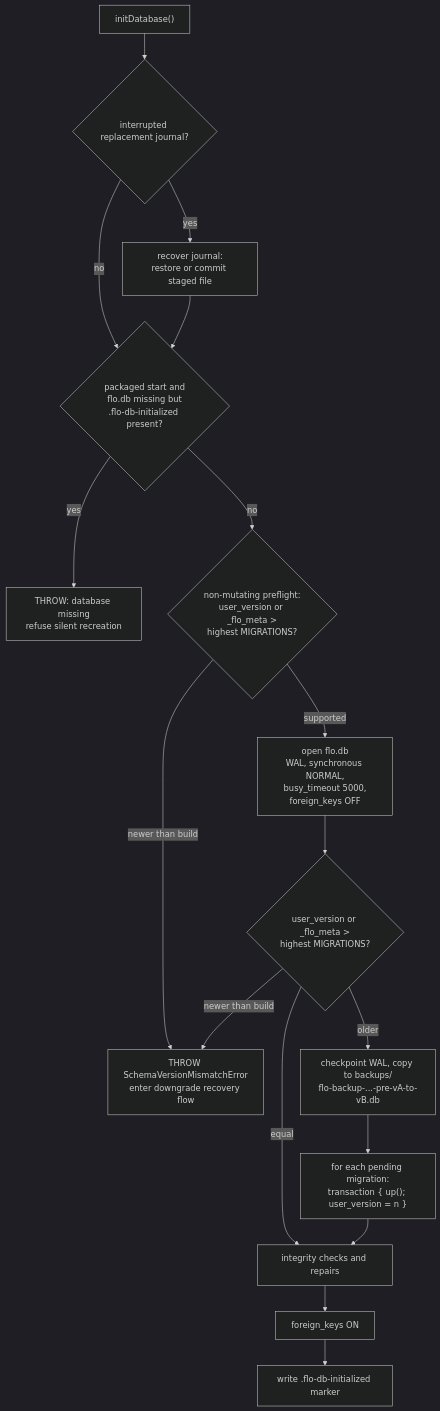
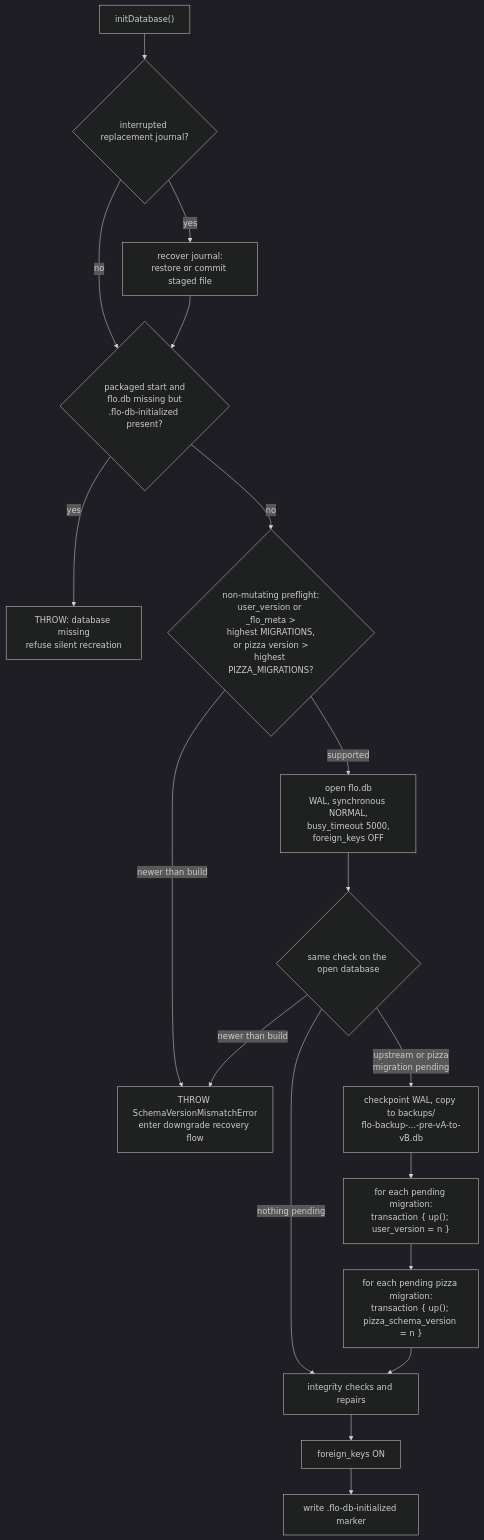
Before and after one commit to FreeOpenSourcePOS/FloCafe: the diagram in docs/architecture/data-and-migrations.md, drawn with Mermaid (dark theme). The commit also changed other lines of this file and 7 other files, not shown here.

First line of the commit message:
feat(db): give pizza tables their own migration track so upstream updates never collide (#7)

````diff
--- a/docs/architecture/data-and-migrations.md
+++ b/docs/architecture/data-and-migrations.md
@@ -54,20 +54,21 @@
 ```mermaid
 flowchart TB
   A["initDatabase()"] --> B{"interrupted replacement journal?"}
   B -->|"yes"| C["recover journal:<br/>restore or commit staged file"]
   B -->|"no"| D
   C --> D
   D{"packaged start and<br/>flo.db missing but<br/>.flo-db-initialized present?"}
   D -->|"yes"| E["THROW: database missing<br/>refuse silent recreation"]
-  D -->|"no"| P{"non-mutating preflight:<br/>user_version or _flo_meta ><br/>highest MIGRATIONS?"}
+  D -->|"no"| P{"non-mutating preflight:<br/>user_version or _flo_meta ><br/>highest MIGRATIONS,<br/>or pizza version ><br/>highest PIZZA_MIGRATIONS?"}
   P -->|"newer than build"| H["THROW SchemaVersionMismatchError<br/>enter downgrade recovery flow"]
   P -->|"supported"| F["open flo.db<br/>WAL, synchronous NORMAL,<br/>busy_timeout 5000,<br/>foreign_keys OFF"]
-  F --> G{"user_version or _flo_meta ><br/>highest MIGRATIONS?"}
+  F --> G{"same check on the open database"}
   G -->|"newer than build"| H
-  G -->|"equal"| J["integrity checks and repairs"]
-  G -->|"older"| I["checkpoint WAL, copy to backups/<br/>flo-backup-...-pre-vA-to-vB.db"]
+  G -->|"nothing pending"| J["integrity checks and repairs"]
+  G -->|"upstream or pizza<br/>migration pending"| I["checkpoint WAL, copy to backups/<br/>flo-backup-...-pre-vA-to-vB.db"]
   I --> K["for each pending migration:<br/>transaction { up(); user_version = n }"]
-  K --> J
+  K --> N["for each pending pizza migration:<br/>transaction { up(); pizza_schema_version = n }"]
+  N --> J
   J --> L["foreign_keys ON"]
   L --> M["write .flo-db-initialized marker"]
 ```
````
